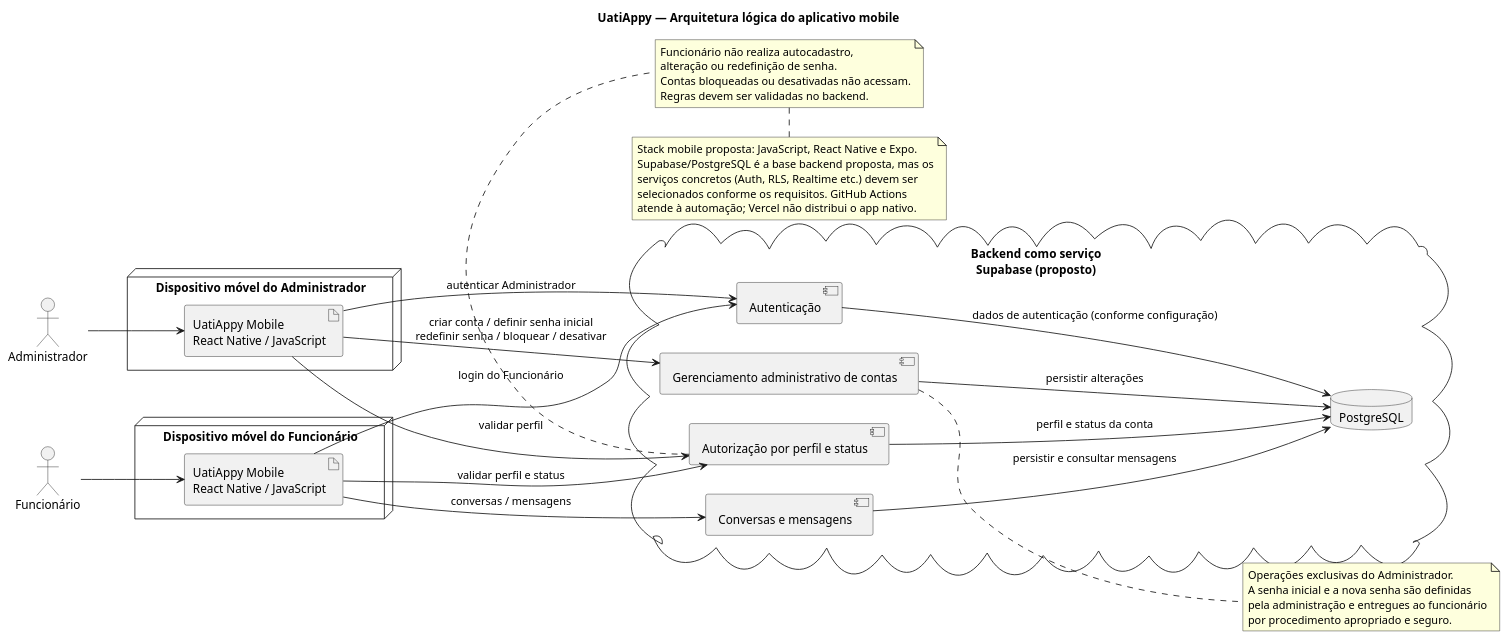
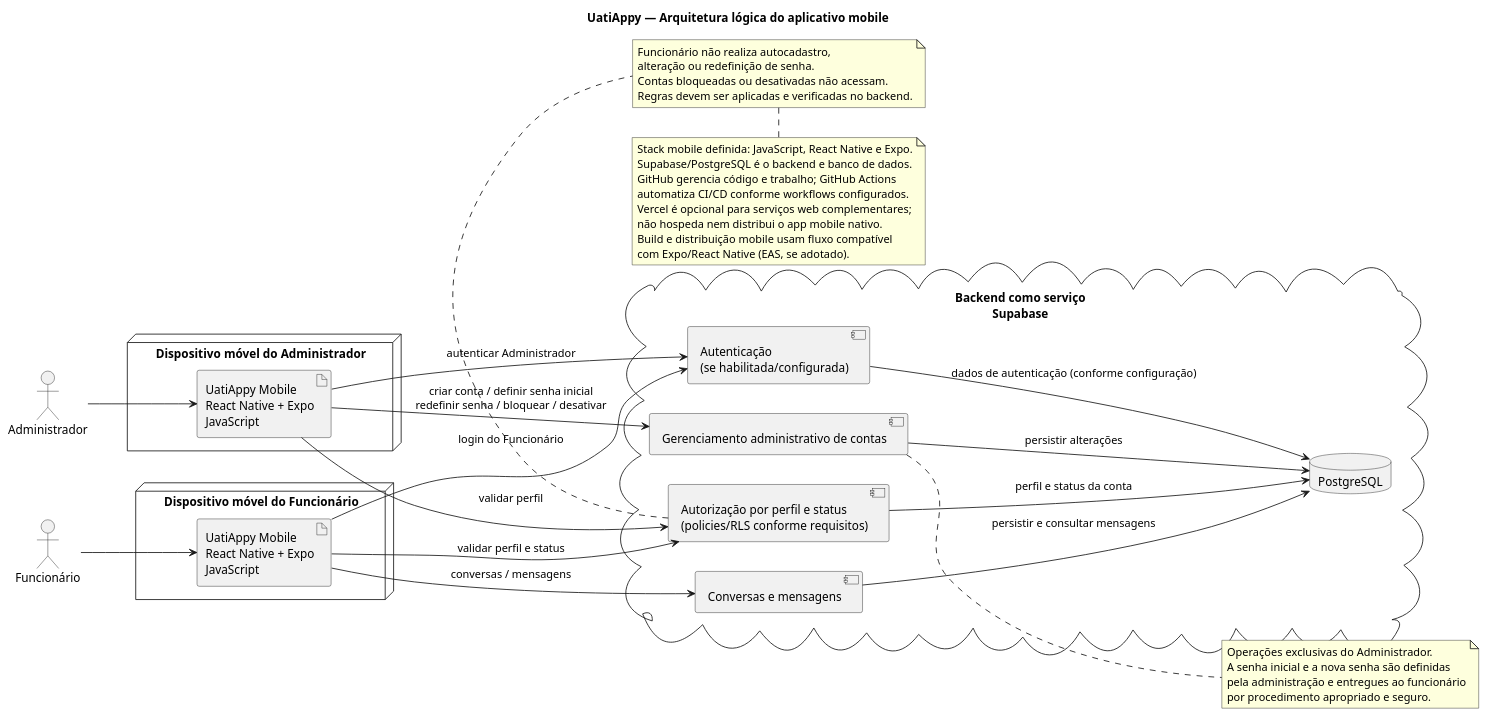
Before and after one commit to daviwanziler/uatiappy-vdois: the diagram in Docs/arquitetura/diagrama-arquitetura-mobile.puml, drawn with PlantUML.

Commit message:
docs: atualizar diagrama fonte para React Native e Expo

```diff
--- a/Docs/arquitetura/diagrama-arquitetura-mobile.puml
+++ b/Docs/arquitetura/diagrama-arquitetura-mobile.puml
@@ -1,58 +1,61 @@
 @startuml
 title UatiAppy — Arquitetura lógica do aplicativo mobile
 
 left to right direction
 
 actor "Administrador" as Admin
 actor "Funcionário" as Employee
 
 node "Dispositivo móvel do Administrador" as AdminDevice {
-  artifact "UatiAppy Mobile\nReact Native / JavaScript" as AdminApp
+  artifact "UatiAppy Mobile\nReact Native + Expo\nJavaScript" as AdminApp
 }
 node "Dispositivo móvel do Funcionário" as EmployeeDevice {
-  artifact "UatiAppy Mobile\nReact Native / JavaScript" as EmployeeApp
+  artifact "UatiAppy Mobile\nReact Native + Expo\nJavaScript" as EmployeeApp
 }
 
-cloud "Backend como serviço\nSupabase (proposto)" as Backend {
-  component "Autenticação" as Auth
-  component "Autorização por perfil e status" as Access
+cloud "Backend como serviço\nSupabase" as Backend {
+  component "Autenticação\n(se habilitada/configurada)" as Auth
+  component "Autorização por perfil e status\n(policies/RLS conforme requisitos)" as Access
   component "Gerenciamento administrativo de contas" as Accounts
   component "Conversas e mensagens" as Chat
   database "PostgreSQL" as DB
 }
 
 Admin --> AdminApp
 Employee --> EmployeeApp
 AdminApp --> Auth : autenticar Administrador
 EmployeeApp --> Auth : login do Funcionário
 AdminApp --> Access : validar perfil
 EmployeeApp --> Access : validar perfil e status
 AdminApp --> Accounts : criar conta / definir senha inicial\nredefinir senha / bloquear / desativar
 EmployeeApp --> Chat : conversas / mensagens
 Auth --> DB : dados de autenticação (conforme configuração)
 Access --> DB : perfil e status da conta
 Accounts --> DB : persistir alterações
 Chat --> DB : persistir e consultar mensagens
 
 note right of Accounts
   Operações exclusivas do Administrador.
   A senha inicial e a nova senha são definidas
   pela administração e entregues ao funcionário
   por procedimento apropriado e seguro.
 end note
 
 note bottom of Access
   Funcionário não realiza autocadastro,
   alteração ou redefinição de senha.
   Contas bloqueadas ou desativadas não acessam.
-  Regras devem ser validadas no backend.
+  Regras devem ser aplicadas e verificadas no backend.
 end note
 
 note bottom
-  Stack mobile proposta: JavaScript, React Native e Expo.
-  Supabase/PostgreSQL é a base backend proposta, mas os
-  serviços concretos (Auth, RLS, Realtime etc.) devem ser
-  selecionados conforme os requisitos. GitHub Actions
-  atende à automação; Vercel não distribui o app nativo.
+  Stack mobile definida: JavaScript, React Native e Expo.
+  Supabase/PostgreSQL é o backend e banco de dados.
+  GitHub gerencia código e trabalho; GitHub Actions
+  automatiza CI/CD conforme workflows configurados.
+  Vercel é opcional para serviços web complementares;
+  não hospeda nem distribui o app mobile nativo.
+  Build e distribuição mobile usam fluxo compatível
+  com Expo/React Native (EAS, se adotado).
 end note
 @enduml
```
